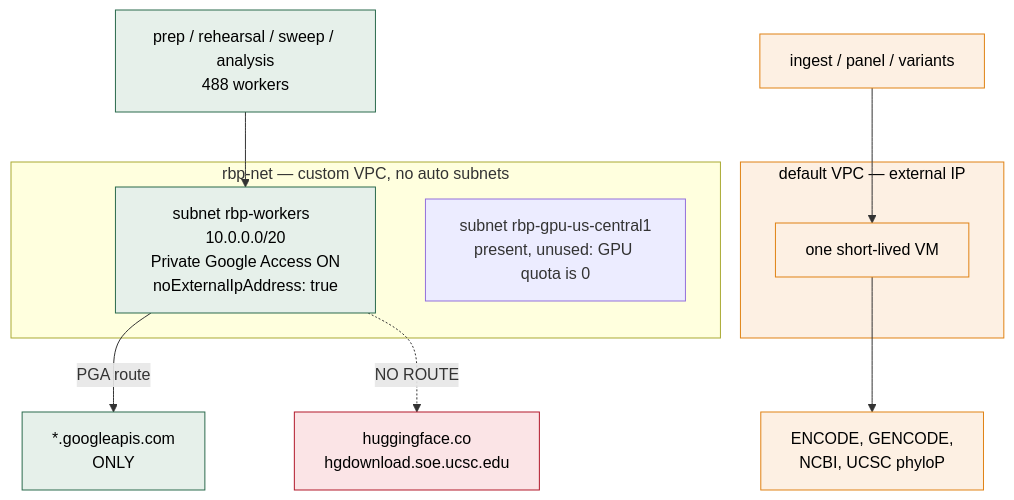
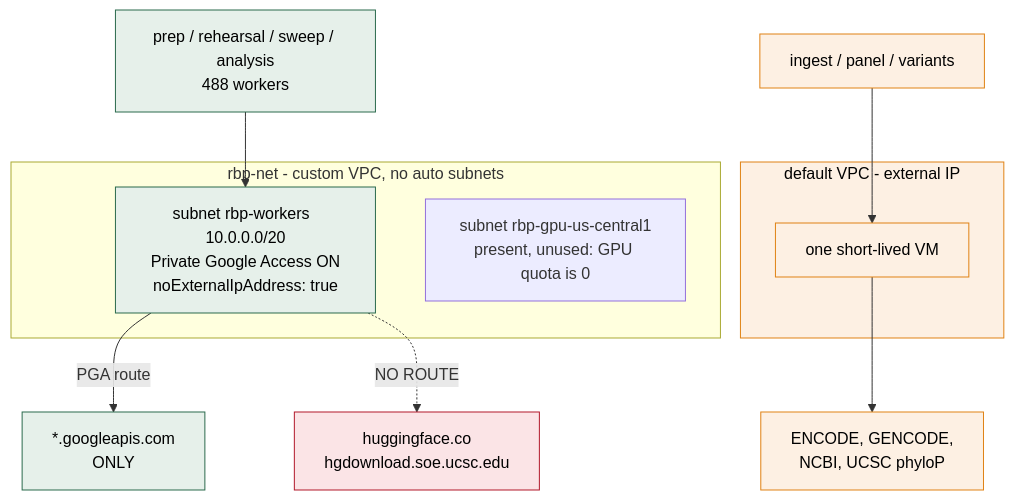
Before and after one commit to NirmalKumar31/rbp-protocol-calibration: the sixth of 8 diagrams in docs/architecture.md, drawn with Mermaid. The commit also changed other lines of this file and 28 other files, not shown here.

````diff
--- a/docs/architecture.md
+++ b/docs/architecture.md
@@ -314,25 +314,25 @@
 ```mermaid
 flowchart TD
-    subgraph NET["rbp-net — custom VPC, no auto subnets"]
+    subgraph NET["rbp-net - custom VPC, no auto subnets"]
         SUB["subnet rbp-workers  10.0.0.0/20<br/>Private Google Access ON<br/>noExternalIpAddress: true"]
         GPUSUB["subnet rbp-gpu-us-central1<br/>present, unused: GPU quota is 0"]
     end
 
-    subgraph DEF["default VPC — external IP"]
+    subgraph DEF["default VPC - external IP"]
         EXT["one short-lived VM"]
     end
 
     W["prep / rehearsal / sweep / analysis<br/>488 workers"] --> SUB
     SUB -->|"PGA route"| GAPI["*.googleapis.com<br/>ONLY"]
     SUB -.->|"NO ROUTE"| WEB["huggingface.co<br/>hgdownload.soe.ucsc.edu"]
 
     E["ingest / panel / variants"] --> EXT
     EXT --> ENCODE["ENCODE, GENCODE,<br/>NCBI, UCSC phyloP"]
 
     classDef sealed fill:#e6f0ea,stroke:#2b6a4d,color:#000
     classDef open fill:#fdf0e3,stroke:#e08214,color:#000
     classDef blocked fill:#fbe4e6,stroke:#b2182b,color:#000
     class SUB,W,GAPI sealed
     class DEF,EXT,E,ENCODE open
     class WEB blocked
 ```
````
